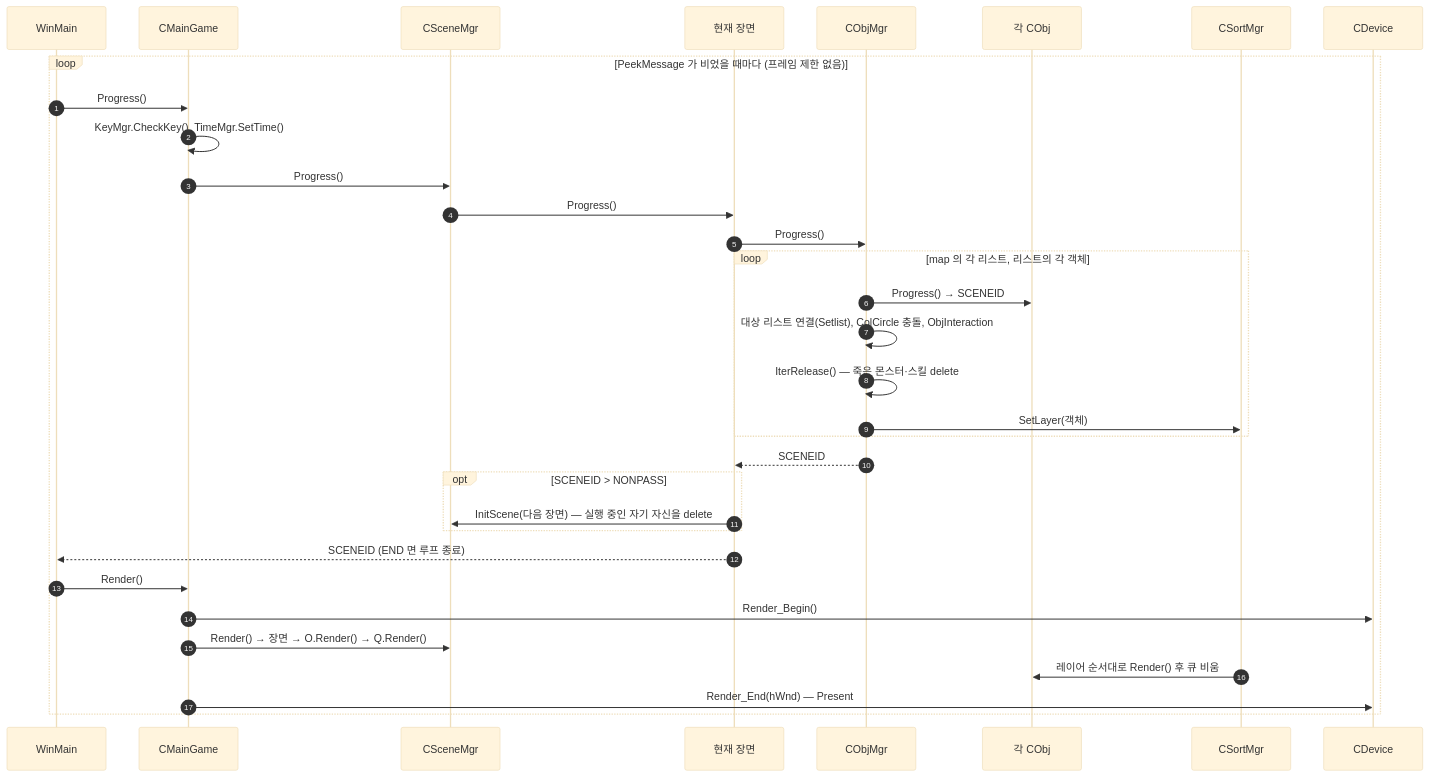
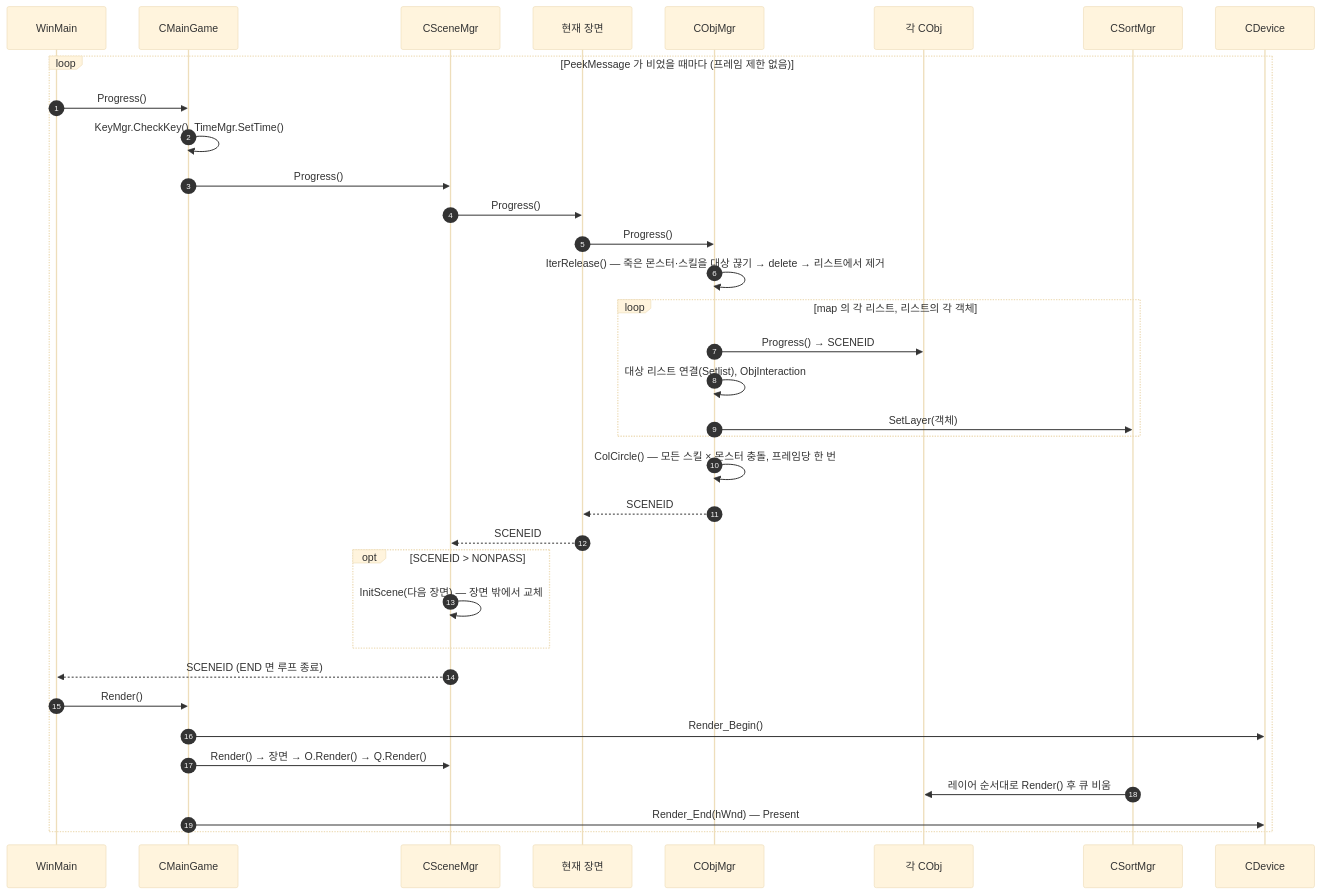
Before and after one commit to Ryujaehyeon/Portfolio: the third of 10 diagrams in docs/ARCHITECTURE.md, drawn with Mermaid (base theme). The commit also changed other lines of this file and 2 other files, not shown here.

````diff
--- a/docs/ARCHITECTURE.md
+++ b/docs/ARCHITECTURE.md
@@ -98,36 +98,38 @@
 ```mermaid
 sequenceDiagram
     autonumber
     participant W as WinMain
     participant G as CMainGame
     participant S as CSceneMgr
     participant Sc as 현재 장면
     participant O as CObjMgr
     participant Ob as 각 CObj
     participant Q as CSortMgr
     participant D as CDevice
 
     loop PeekMessage 가 비었을 때마다 (프레임 제한 없음)
         W->>G: Progress()
         G->>G: KeyMgr.CheckKey(), TimeMgr.SetTime()
         G->>S: Progress()
         S->>Sc: Progress()
         Sc->>O: Progress()
+        O->>O: IterRelease() — 죽은 몬스터·스킬을 대상 끊기 → delete → 리스트에서 제거
         loop map 의 각 리스트, 리스트의 각 객체
             O->>Ob: Progress() → SCENEID
-            O->>O: 대상 리스트 연결(Setlist), ColCircle 충돌, ObjInteraction
-            O->>O: IterRelease() — 죽은 몬스터·스킬 delete
+            O->>O: 대상 리스트 연결(Setlist), ObjInteraction
             O->>Q: SetLayer(객체)
         end
+        O->>O: ColCircle() — 모든 스킬 × 몬스터 충돌, 프레임당 한 번
         O-->>Sc: SCENEID
+        Sc-->>S: SCENEID
         opt SCENEID > NONPASS
-            Sc->>S: InitScene(다음 장면) — 실행 중인 자기 자신을 delete
+            S->>S: InitScene(다음 장면) — 장면 밖에서 교체
         end
-        Sc-->>W: SCENEID (END 면 루프 종료)
+        S-->>W: SCENEID (END 면 루프 종료)
         W->>G: Render()
         G->>D: Render_Begin()
         G->>S: Render() → 장면 → O.Render() → Q.Render()
         Q->>Ob: 레이어 순서대로 Render() 후 큐 비움
         G->>D: Render_End(hWnd) — Present
     end
 ```
````
